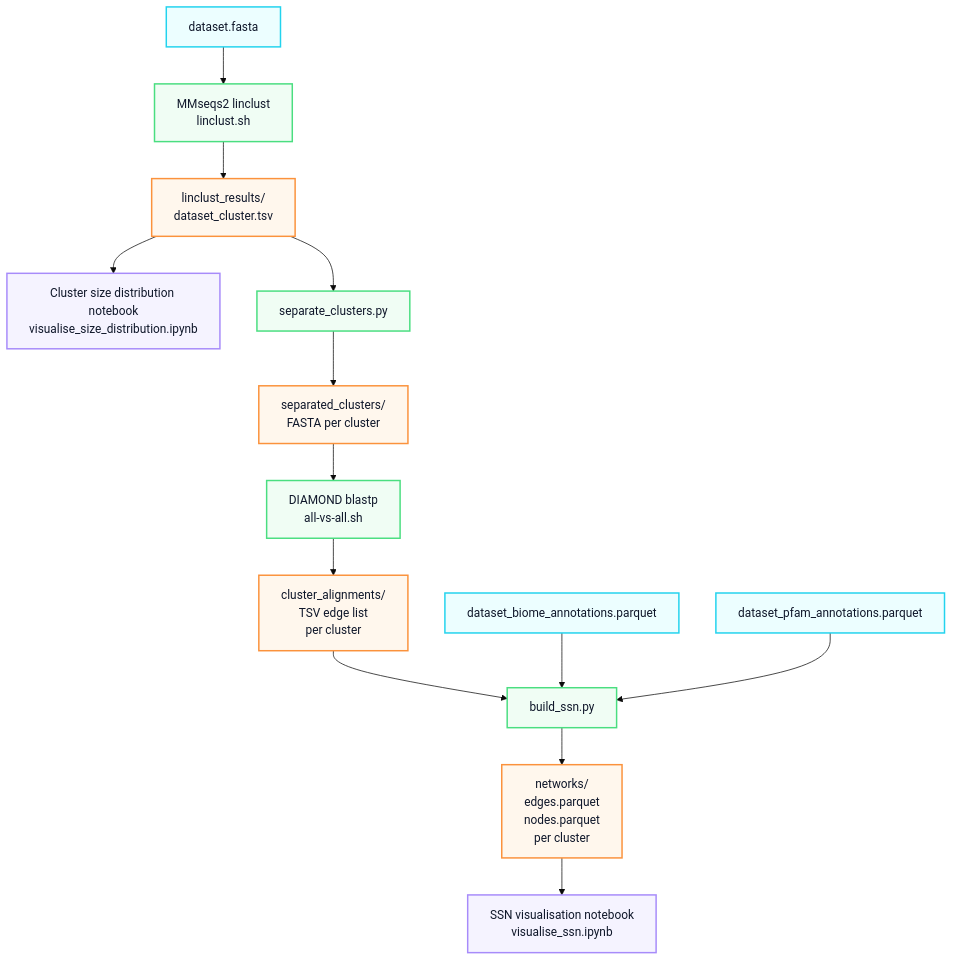
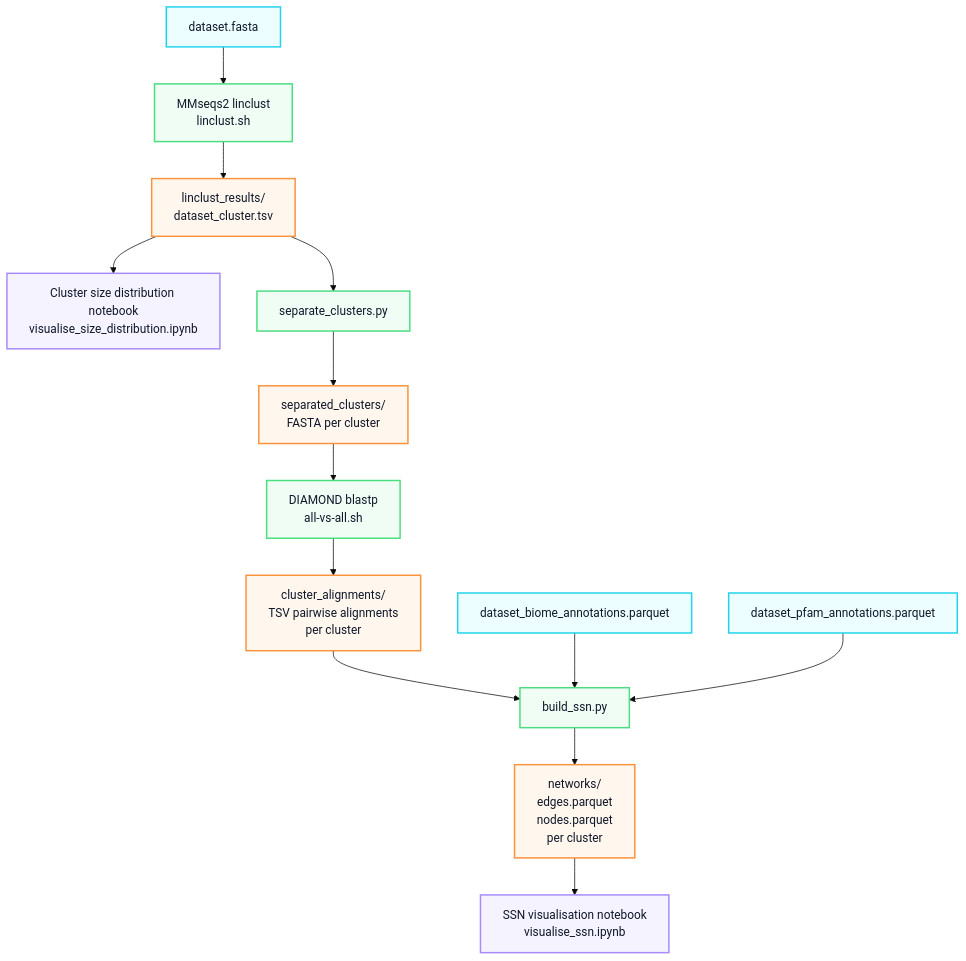
The diagram in README.md (EBI-Metagenomics/MiSSN), drawn with Mermaid (base theme) before and after one commit. The commit also changed other lines of this file, not shown here.

````diff
--- a/README.md
+++ b/README.md
@@ -9,56 +9,56 @@
 ```mermaid
 ---
 config:
   layout: dagre
 ---
 flowchart TD
     %% Node Definitions
     A["dataset.fasta"]
     B["MMseqs2 linclust\nlinclust.sh"]
     C["dataset_biome_annotations.parquet"]
     D["linclust_results/\ndataset_cluster.tsv"]
     E["separated_clusters/\nFASTA per cluster"]
     F["Cluster size distribution notebook\nvisualise_size_distribution.ipynb"]
     G["separate_clusters.py"]
     H["DIAMOND blastp\nall-vs-all.sh"]
-    I["cluster_alignments/\nTSV edge list\nper cluster"]
+    I["cluster_alignments/\nTSV pairwise alignments\nper cluster"]
     K["build_ssn.py"]
     M["networks/\nedges.parquet\nnodes.parquet\nper cluster"]
     N["SSN visualisation notebook\nvisualise_ssn.ipynb"]
     O["dataset_pfam_annotations.parquet"]
 
     %% Shapes
     G@{ shape: rect}
     I@{ shape: rect}
     N@{ shape: rect}
     O@{ shape: rect}
 
     %% Connections / Flow
     A --> B
     B --> D
     D --> F
     D --> G
     G --> E
     E --> H
     H --> I
     I --> K
     C --> K
     O --> K
     K --> M
     M --> N
 
     %% Styles
     style A fill:#ecfeff,stroke:#22d3ee,stroke-width:2px,color:#0f172a
     style B fill:#f0fdf4,stroke:#4ade80,stroke-width:2px,color:#0f172a
     style C fill:#ecfeff,stroke:#22d3ee,stroke-width:2px,color:#0f172a
     style D fill:#fff7ed,stroke:#fb923c,stroke-width:2px,color:#0f172a
     style E fill:#fff7ed,stroke:#fb923c,stroke-width:2px,color:#0f172a
     style F fill:#f5f3ff,stroke:#a78bfa,stroke-width:2px,color:#0f172a
     style G fill:#f0fdf4,stroke:#4ade80,stroke-width:2px,color:#0f172a
     style H fill:#f0fdf4,stroke:#4ade80,stroke-width:2px,color:#0f172a
     style I fill:#fff7ed,stroke:#fb923c,stroke-width:2px,color:#0f172a
     style K fill:#f0fdf4,stroke:#4ade80,stroke-width:2px,color:#0f172a
     style M fill:#fff7ed,stroke:#fb923c,stroke-width:2px,color:#0f172a
     style N fill:#f5f3ff,stroke:#a78bfa,stroke-width:2px,color:#0f172a
     style O fill:#ecfeff,stroke:#22d3ee,stroke-width:2px,color:#0f172a
 ```
````
